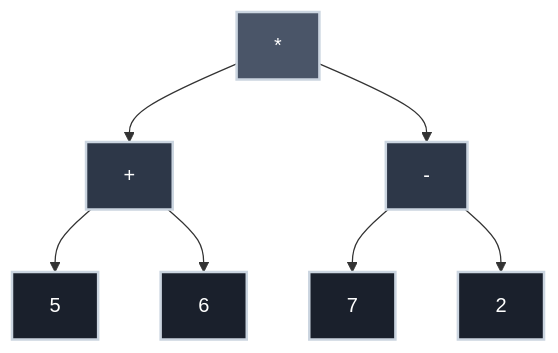
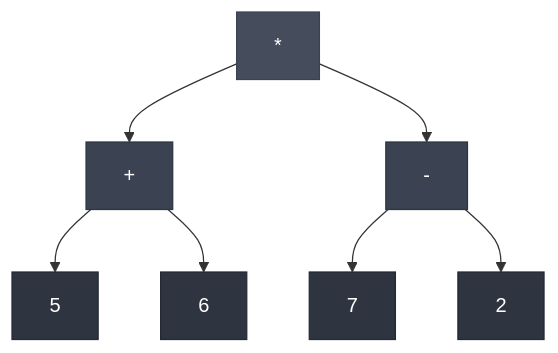
The seventh of 8 diagrams in docs/fundamentals/scheme_and_parse_trees.md (bradpenney/exploring_computer_science), drawn with Mermaid before and after one commit. The commit also changed other lines of this file and 7 other files, not shown here.

````diff
--- a/docs/fundamentals/scheme_and_parse_trees.md
+++ b/docs/fundamentals/scheme_and_parse_trees.md
@@ -592,17 +648,17 @@
         ```mermaid
         graph TD
             Times["*"] --> Plus["+"]
             Times --> Minus["-"]
             Plus --> Five["5"]
             Plus --> Six["6"]
             Minus --> Seven["7"]
             Minus --> Two["2"]
 
-            style Times fill:#4a5568,stroke:#cbd5e0,stroke-width:2px,color:#fff
-            style Plus fill:#2d3748,stroke:#cbd5e0,stroke-width:2px,color:#fff
-            style Minus fill:#2d3748,stroke:#cbd5e0,stroke-width:2px,color:#fff
-            style Five fill:#1a202c,stroke:#cbd5e0,stroke-width:2px,color:#fff
-            style Six fill:#1a202c,stroke:#cbd5e0,stroke-width:2px,color:#fff
-            style Seven fill:#1a202c,stroke:#cbd5e0,stroke-width:2px,color:#fff
-            style Two fill:#1a202c,stroke:#cbd5e0,stroke-width:2px,color:#fff
+            style Times fill:#454d5d,stroke:#3b4252,color:#fff
+            style Plus fill:#3b4252,stroke:#2e3440,color:#fff
+            style Minus fill:#3b4252,stroke:#2e3440,color:#fff
+            style Five fill:#2e3440,stroke:#242933,color:#fff
+            style Six fill:#2e3440,stroke:#242933,color:#fff
+            style Seven fill:#2e3440,stroke:#242933,color:#fff
+            style Two fill:#2e3440,stroke:#242933,color:#fff
         ```
````
